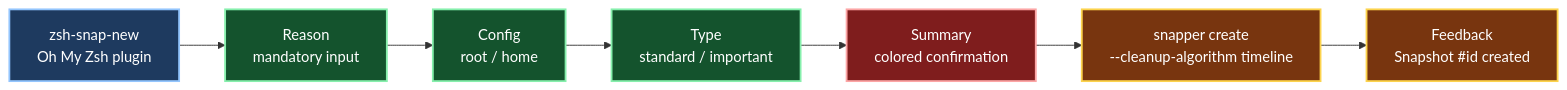
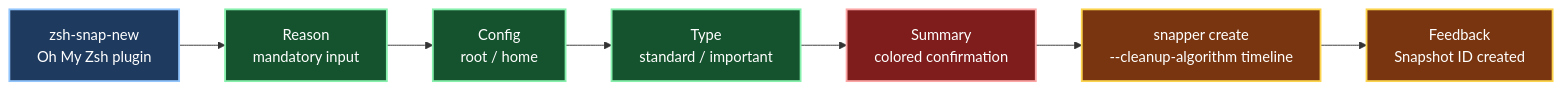
One commit to crisis1er/zsh-snap-new changed the diagram in README.md. Above: the diagram before and after it, drawn with Mermaid.

Commit message:
fix: remove # from Mermaid node label — causes GitHub render error

````diff
--- a/README.md
+++ b/README.md
@@ -20,15 +20,15 @@
 ```mermaid
 flowchart LR
     classDef plugin  fill:#1e3a5f,stroke:#93c5fd,stroke-width:2px,color:#ffffff
     classDef step    fill:#14532d,stroke:#86efac,stroke-width:2px,color:#ffffff
     classDef confirm fill:#7f1d1d,stroke:#fca5a5,stroke-width:2px,color:#ffffff
     classDef output  fill:#78350f,stroke:#fcd34d,stroke-width:2px,color:#ffffff
 
     P[zsh-snap-new\nOh My Zsh plugin]:::plugin
     P --> R[Reason\nmandatory input]:::step
     R --> C[Config\nroot / home]:::step
     C --> T[Type\nstandard / important]:::step
     T --> S[Summary\ncolored confirmation]:::confirm
     S --> CR[snapper create\n--cleanup-algorithm timeline]:::output
-    CR --> FB[Feedback\nSnapshot #id created]:::output
+    CR --> FB[Feedback\nSnapshot ID created]:::output
 ```
````
